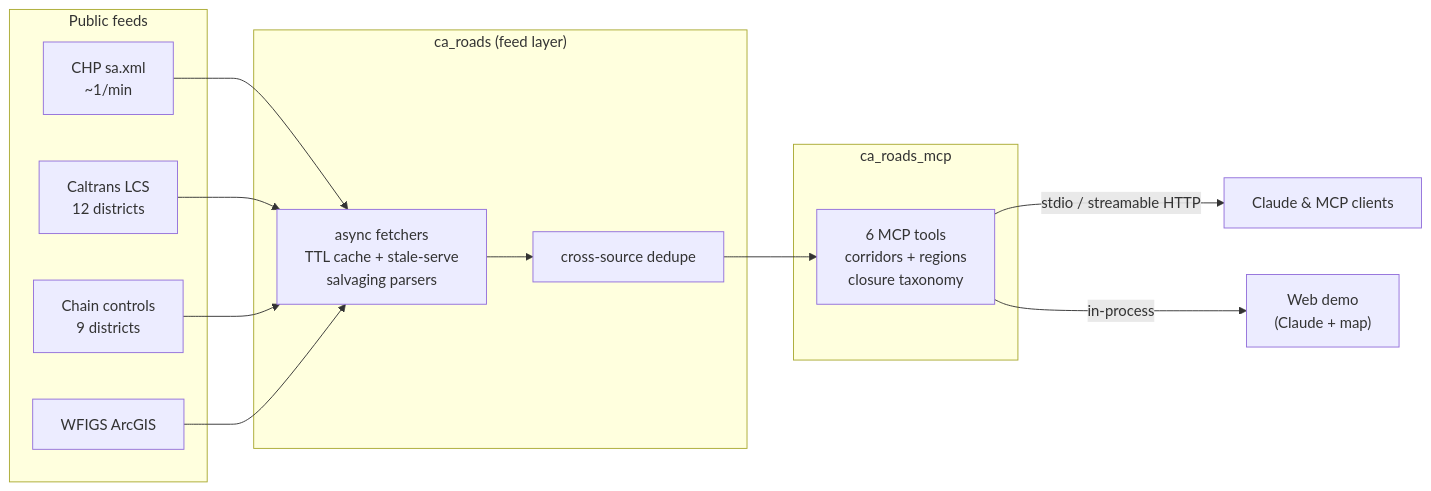
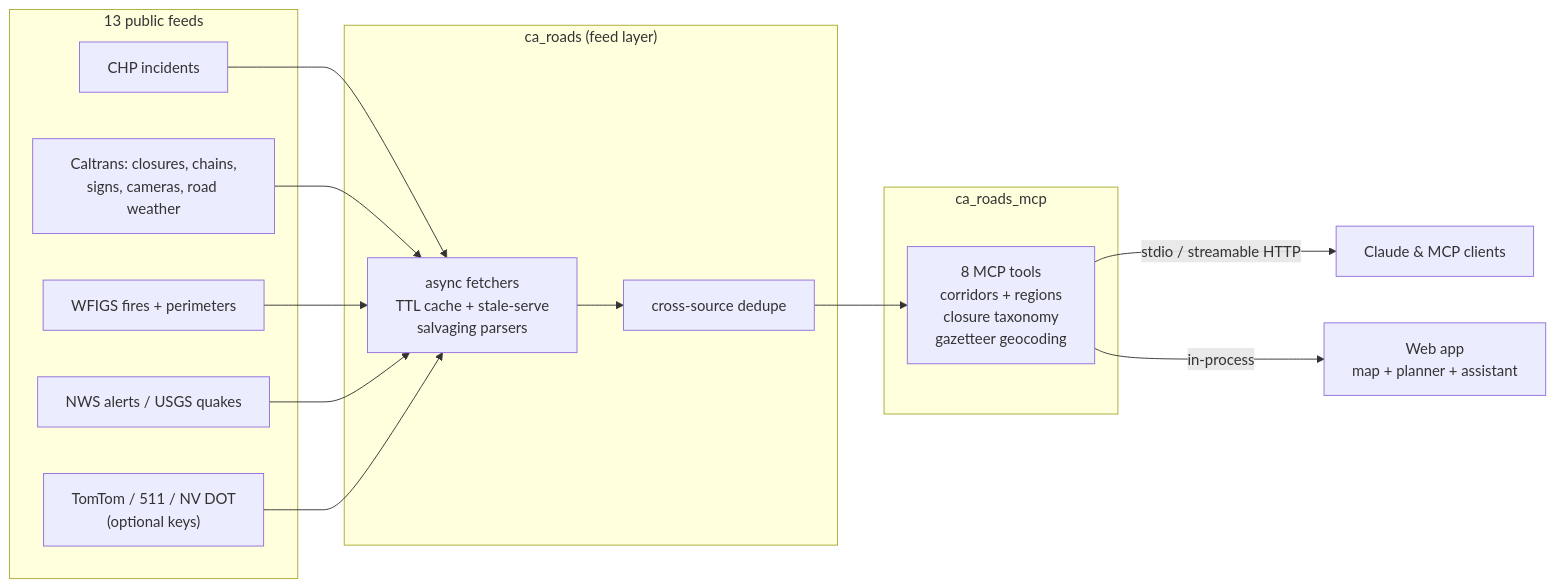
Before and after one commit to nicglazkov/ca-roads-mcp: the diagram in README.md, drawn with Mermaid. The commit also changed other lines of this file and 2 other files, not shown here.

First line of the commit message:
docs: README and demo recording match the current product

````diff
--- a/README.md
+++ b/README.md
@@ -144,19 +173,20 @@
 ```mermaid
 flowchart LR
-    subgraph feeds["Public feeds"]
-        CHP["CHP sa.xml<br/>~1/min"]
-        LCS["Caltrans LCS<br/>12 districts"]
-        CC["Chain controls<br/>9 districts"]
-        WF["WFIGS ArcGIS"]
+    subgraph feeds["13 public feeds"]
+        CHP["CHP incidents"]
+        CT["Caltrans: closures, chains,<br/>signs, cameras, road weather"]
+        WF["WFIGS fires + perimeters"]
+        WX["NWS alerts / USGS quakes"]
+        OPT["TomTom / 511 / NV DOT<br/>(optional keys)"]
     end
     subgraph pkg["ca_roads (feed layer)"]
         F["async fetchers<br/>TTL cache + stale-serve<br/>salvaging parsers"]
         D["cross-source dedupe"]
     end
     subgraph srv["ca_roads_mcp"]
-        T["6 MCP tools<br/>corridors + regions<br/>closure taxonomy"]
+        T["8 MCP tools<br/>corridors + regions<br/>closure taxonomy<br/>gazetteer geocoding"]
     end
-    CHP & LCS & CC & WF --> F --> D --> T
+    CHP & CT & WF & WX & OPT --> F --> D --> T
     T -->|"stdio / streamable HTTP"| MCP["Claude & MCP clients"]
-    T -->|"in-process"| DEMO["Web demo<br/>(Claude + map)"]
+    T -->|"in-process"| DEMO["Web app<br/>map + planner + assistant"]
 ```
````
